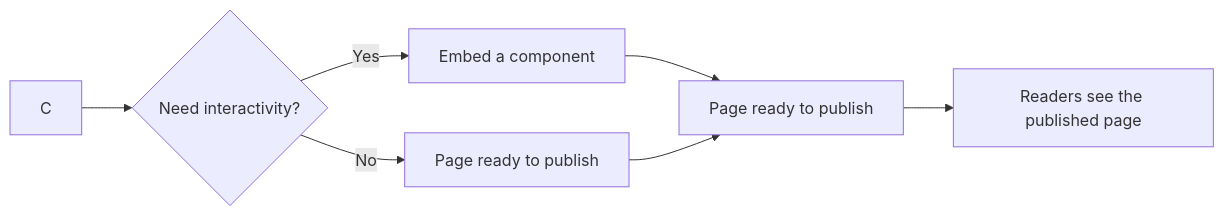
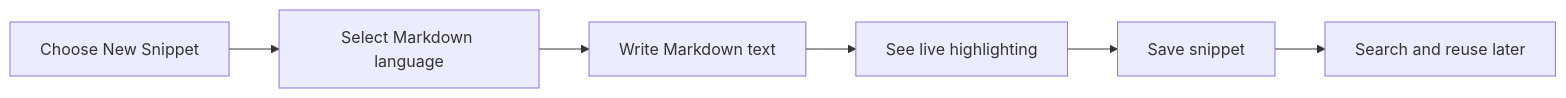
The diagram in api2-documentation/plan_2026-11-02_f8890e/user-facing-docs/mdx-markdown-authoring.md (Mohita111/API2), drawn with Mermaid before and after one commit. The commit also changed other lines of this file and 14 other files, not shown here.

````diff
--- a/api2-documentation/plan_2026-11-02_f8890e/user-facing-docs/mdx-markdown-authoring.md
+++ b/api2-documentation/plan_2026-11-02_f8890e/user-facing-docs/mdx-markdown-authoring.md
@@ -52,9 +24,8 @@
 ```mermaid
 graph LR
-    C --> D{"Need interactivity?"}
-    D -- Yes --> E[Embed a component]
-    D -- No --> F[Page ready to publish]
-    E --> G[Page ready to publish]
-    F --> G
-    G --> H[Readers see the published page]
+    A[Choose New Snippet] --> B[Select Markdown language]
+    B --> C[Write Markdown text]
+    C --> D[See live highlighting]
+    D --> E[Save snippet]
+    E --> F[Search and reuse later]
 ```
````
